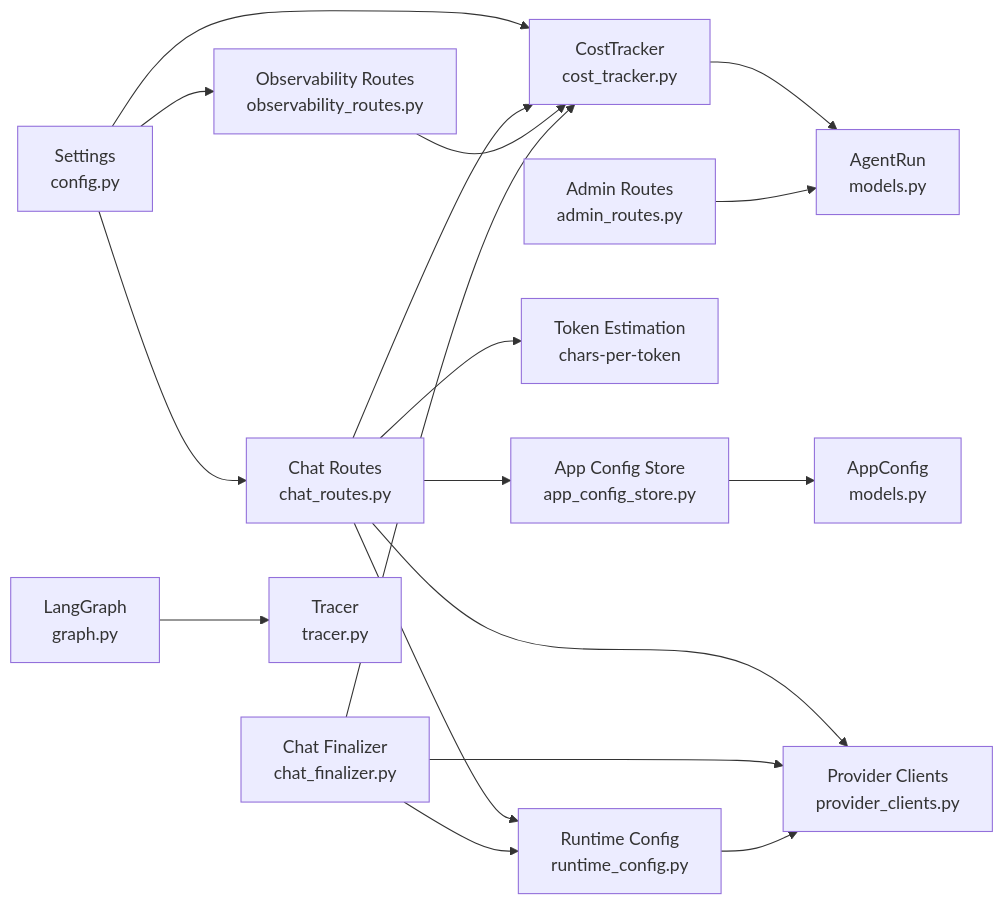
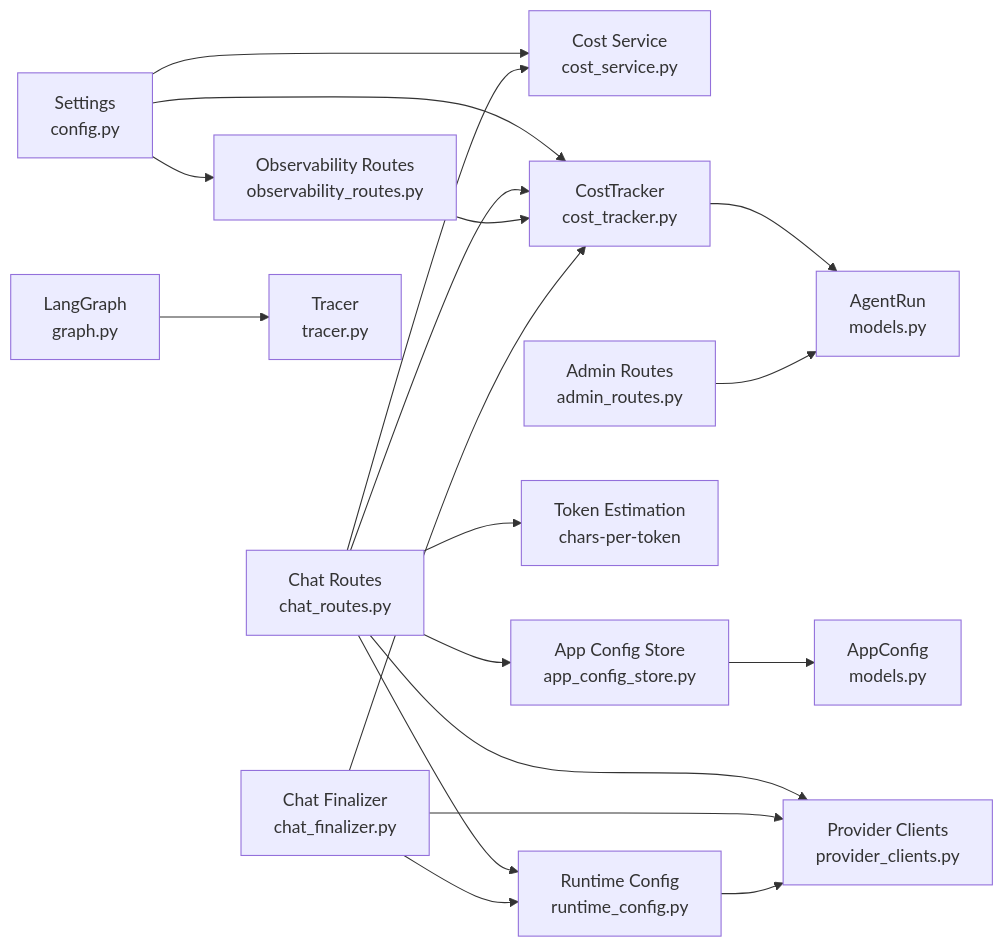
One commit to genes8/private-ai changed diagram 14 of 14 in .qoder/repowiki/en/content/Observability and Monitoring/Cost Tracking and Usage Analytics.md. Above: the diagram before and after it, drawn with Mermaid. The commit also changed other lines of this file and 55 other files, not shown here.

````diff
--- a/.qoder/repowiki/en/content/Observability and Monitoring/Cost Tracking and Usage Analytics.md
+++ b/.qoder/repowiki/en/content/Observability and Monitoring/Cost Tracking and Usage Analytics.md
@@ -673,20 +743,21 @@
 ```mermaid
 graph LR
 CFG["Settings<br/>config.py"] --> OR["Observability Routes<br/>observability_routes.py"]
+CFG --> CS["Cost Service<br/>cost_service.py"]
 CFG --> CT["CostTracker<br/>cost_tracker.py"]
-CFG --> CR["Chat Routes<br/>chat_routes.py"]
+CR["Chat Routes<br/>chat_routes.py"] --> CS
 CR --> CT
 CR --> ACS["App Config Store<br/>app_config_store.py"]
 CR --> TE["Token Estimation<br/>chars-per-token"]
 CR --> PC["Provider Clients<br/>provider_clients.py"]
 CR --> RTC["Runtime Config<br/>runtime_config.py"]
 OR --> CT
 CT --> DBM["AgentRun<br/>models.py"]
 CF["Chat Finalizer<br/>chat_finalizer.py"] --> PC
 CF --> CT
 CF --> RTC
 ACS --> AC["AppConfig<br/>models.py"]
 AR["Admin Routes<br/>admin_routes.py"] --> DBM
 GR["LangGraph<br/>graph.py"] --> TR["Tracer<br/>tracer.py"]
 RTC --> PC
 ```
````
